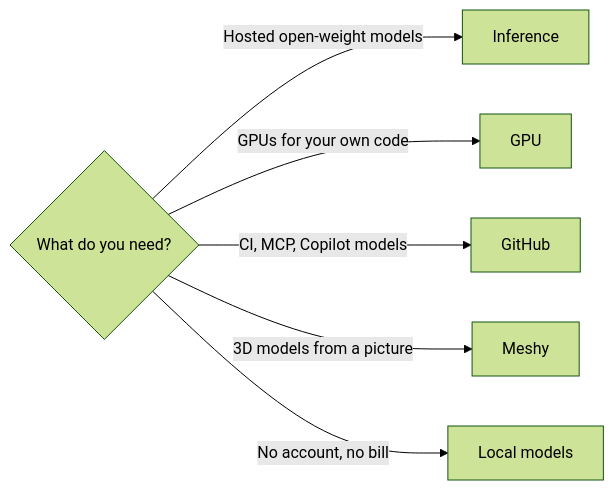
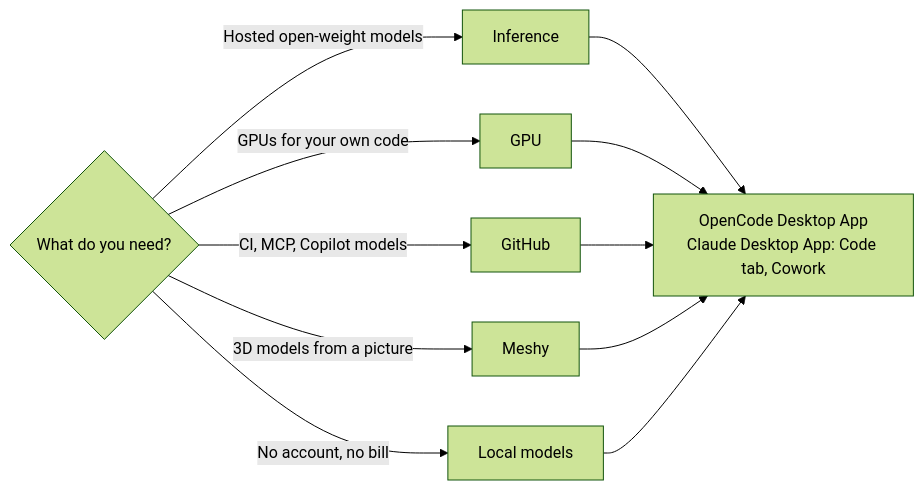
One commit to SoulCraft-Org/compute-crafter changed the diagram in guides/README.md. Above: the diagram before and after it, drawn with Mermaid (forest theme). The commit also changed other lines of this file and 8 other files, not shown here.

First line of the commit message:
🎨 Guides batch 1: visual first, two desktop apps (index, Ollama, OpenRouter, Hugging Face) (#193)

````diff
--- a/guides/README.md
+++ b/guides/README.md
@@ -5,8 +5,9 @@
 ```mermaid
 flowchart LR
   Q{What do you need?} -->|Hosted open-weight models| I[Inference]
   Q -->|GPUs for your own code| G[GPU]
   Q -->|CI, MCP, Copilot models| T[GitHub]
   Q -->|3D models from a picture| D[Meshy]
   Q -->|No account, no bill| M[Local models]
+  I & G & T & D & M --> H[OpenCode Desktop App<br/>Claude Desktop App: Code tab, Cowork]
 ```
````
